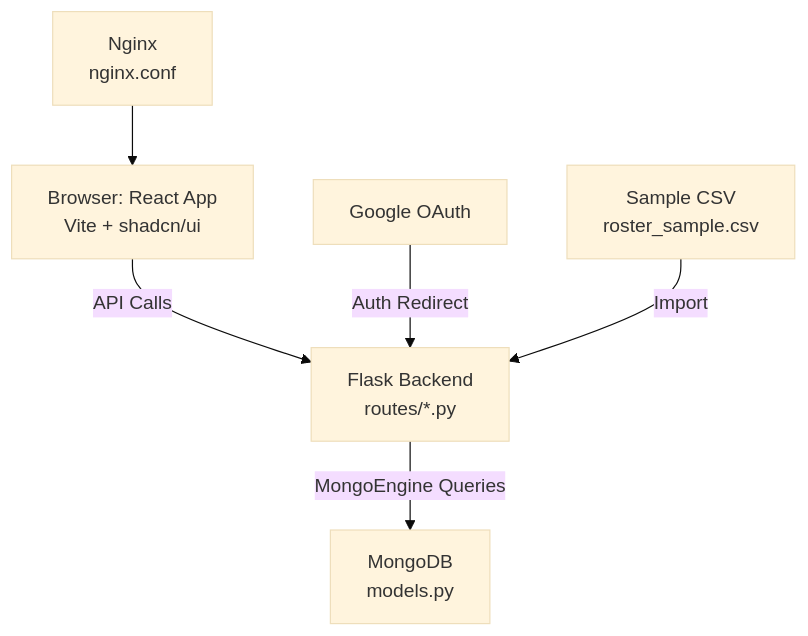
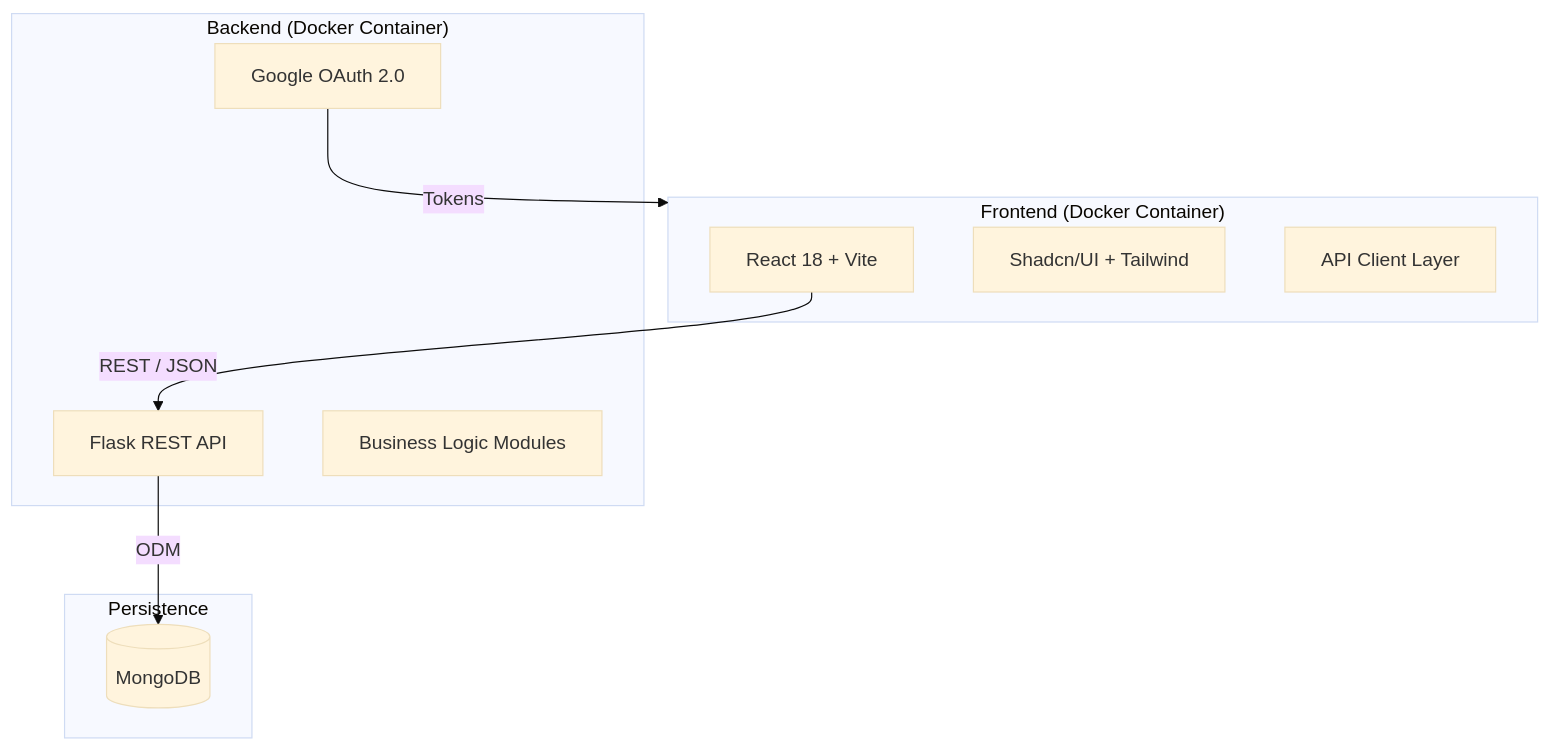
One commit to Astatide1337/Rooster changed the diagram in README.md. Above: the diagram before and after it, drawn with Mermaid (base theme). The commit also changed other lines of this file, not shown here.

````diff
--- a/README.md
+++ b/README.md
@@ -110,13 +52,22 @@
 ```mermaid
 graph TD
-    A["Browser: React App
-    Vite + shadcn/ui"] -->|API Calls| B["Flask Backend
-    routes/*.py"]
-    B -->|MongoEngine Queries| C["MongoDB
-    models.py"]
-    D[Google OAuth] -->|Auth Redirect| B
-    E["Nginx
-    nginx.conf"] --> A
-    F["Sample CSV
-    roster_sample.csv"] -->|Import| B
+    subgraph Client ["Frontend (Docker Container)"]
+        React[React 18 + Vite]
+        UI[Shadcn/UI + Tailwind]
+        Axios[API Client Layer]
+    end
+
+    subgraph Server ["Backend (Docker Container)"]
+        Flask[Flask REST API]
+        Auth[Google OAuth 2.0]
+        Logic[Business Logic Modules]
+    end
+
+    subgraph Data ["Persistence"]
+        Mongo[(MongoDB)]
+    end
+
+    React -->|REST / JSON| Flask
+    Flask -->|ODM| Mongo
+    Auth -->|Tokens| Client
 ```
````
